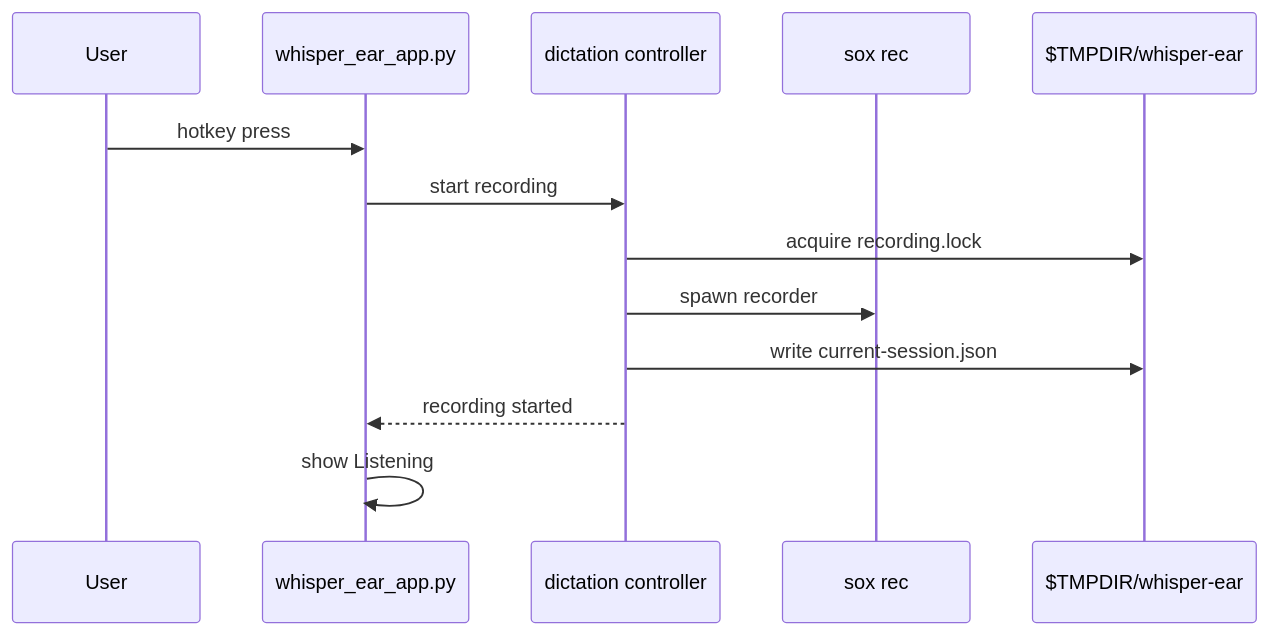
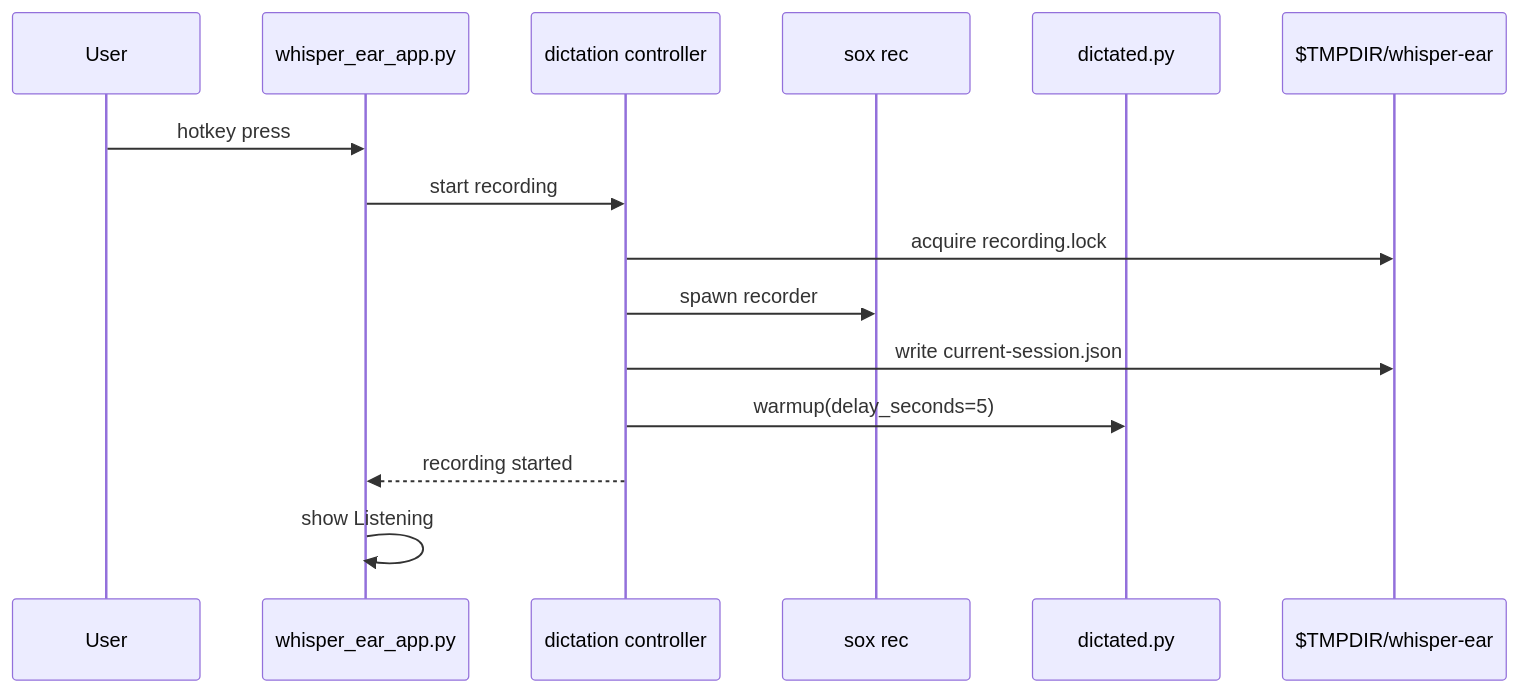
The first of 2 diagrams in docs/architecture/dictation-flow.md (andkirby/whisper-ear), drawn with Mermaid before and after one commit. The commit also changed other lines of this file and 15 other files, not shown here.

````diff
--- a/docs/architecture/dictation-flow.md
+++ b/docs/architecture/dictation-flow.md
@@ -18,16 +18,18 @@
 ```mermaid
 sequenceDiagram
     participant User
     participant App as whisper_ear_app.py
     participant Controller as dictation controller
     participant Sox as sox rec
+    participant Daemon as dictated.py
     participant Runtime as $TMPDIR/whisper-ear
 
     User->>App: hotkey press
     App->>Controller: start recording
     Controller->>Runtime: acquire recording.lock
     Controller->>Sox: spawn recorder
     Controller->>Runtime: write current-session.json
+    Controller->>Daemon: warmup(delay_seconds=5)
     Controller-->>App: recording started
     App->>App: show Listening
 ```
````
